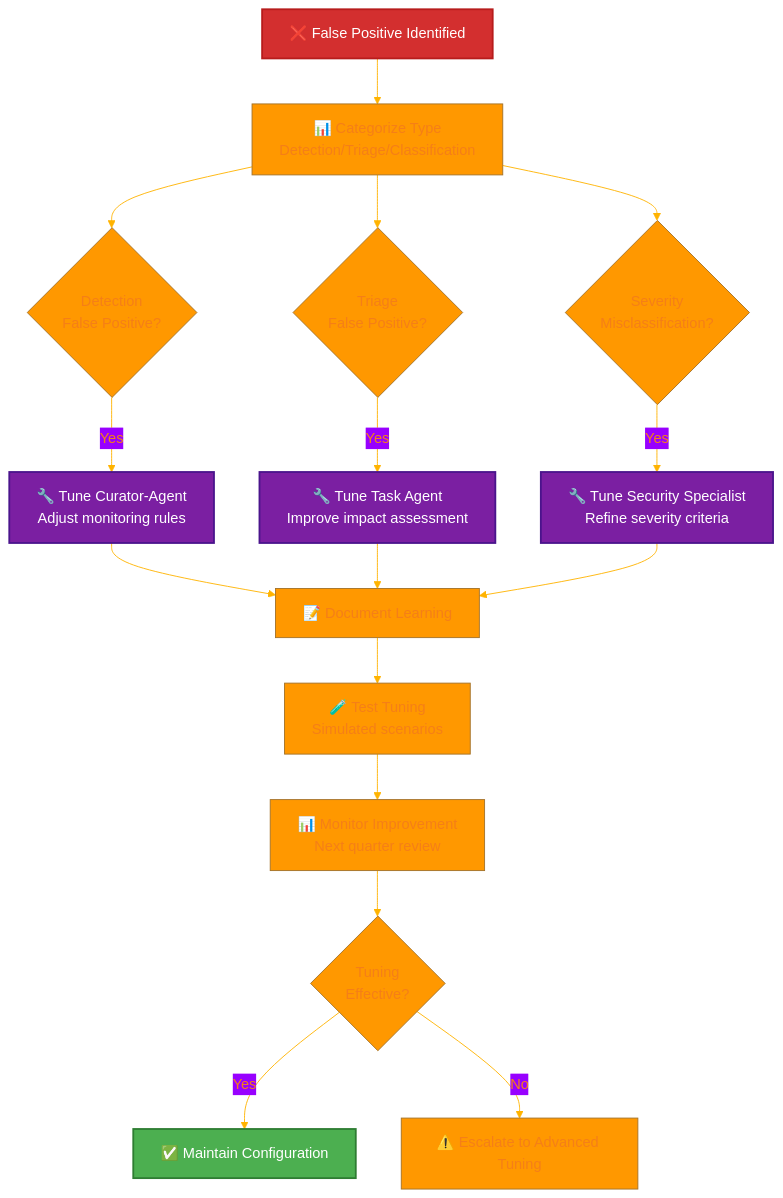
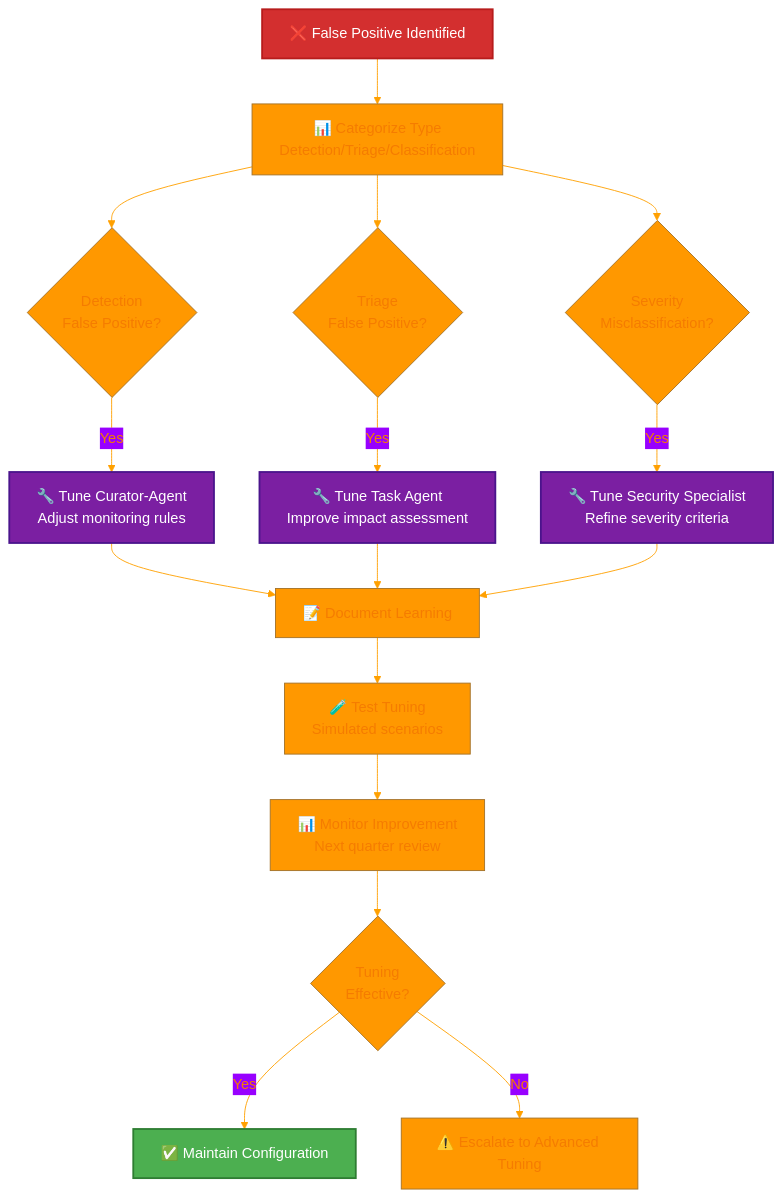
Diagram 12 of 13 in Incident_Response_Plan.md (Hack23/ISMS-PUBLIC), drawn with Mermaid before and after one commit. The commit also changed other lines of this file and 18 other files, not shown here.

Commit message:
fix broken mermaid

````diff
--- a/Incident_Response_Plan.md
+++ b/Incident_Response_Plan.md
@@ -1035,39 +1035,39 @@
 ```mermaid
 %%{
   init: {
     'theme': 'base',
     'themeVariables': {
       'primaryColor': '#FF9800',
-      'primaryTextColor': '#f57f17',
-      'lineColor': '#ffb300'
+      'primaryTextColor': '#F57C00',
+      'lineColor': '#FFA000'
     }
   }
 }%%
 flowchart TD
     FALSE_POS[❌ False Positive Identified] --> CATEGORIZE[📊 Categorize Type<br/>Detection/Triage/Classification]
     
     CATEGORIZE --> DETECTION{Detection<br/>False Positive?}
     CATEGORIZE --> TRIAGE{Triage<br/>False Positive?}
     CATEGORIZE --> SEVERITY{Severity<br/>Misclassification?}
     
     DETECTION -->|Yes| TUNE_CURATOR[🔧 Tune Curator-Agent<br/>Adjust monitoring rules]
     TRIAGE -->|Yes| TUNE_TASK[🔧 Tune Task Agent<br/>Improve impact assessment]
     SEVERITY -->|Yes| TUNE_SECURITY[🔧 Tune Security Specialist<br/>Refine severity criteria]
     
     TUNE_CURATOR --> DOCUMENT[📝 Document Learning]
     TUNE_TASK --> DOCUMENT
     TUNE_SECURITY --> DOCUMENT
     
     DOCUMENT --> TEST[🧪 Test Tuning<br/>Simulated scenarios]
     TEST --> MONITOR[📊 Monitor Improvement<br/>Next quarter review]
     
     MONITOR --> EFFECTIVE{Tuning<br/>Effective?}
     EFFECTIVE -->|Yes| MAINTAIN[✅ Maintain Configuration]
     EFFECTIVE -->|No| ESCALATE[⚠️ Escalate to Advanced Tuning]
     
     style FALSE_POS fill:#D32F2F,stroke:#B71C1C,stroke-width:2px,color:#fff
     style TUNE_CURATOR fill:#7B1FA2,stroke:#4A148C,stroke-width:2px,color:#fff
     style TUNE_TASK fill:#7B1FA2,stroke:#4A148C,stroke-width:2px,color:#fff
     style TUNE_SECURITY fill:#7B1FA2,stroke:#4A148C,stroke-width:2px,color:#fff
     style MAINTAIN fill:#4CAF50,stroke:#2E7D32,stroke-width:2px,color:#fff
 ```
````
